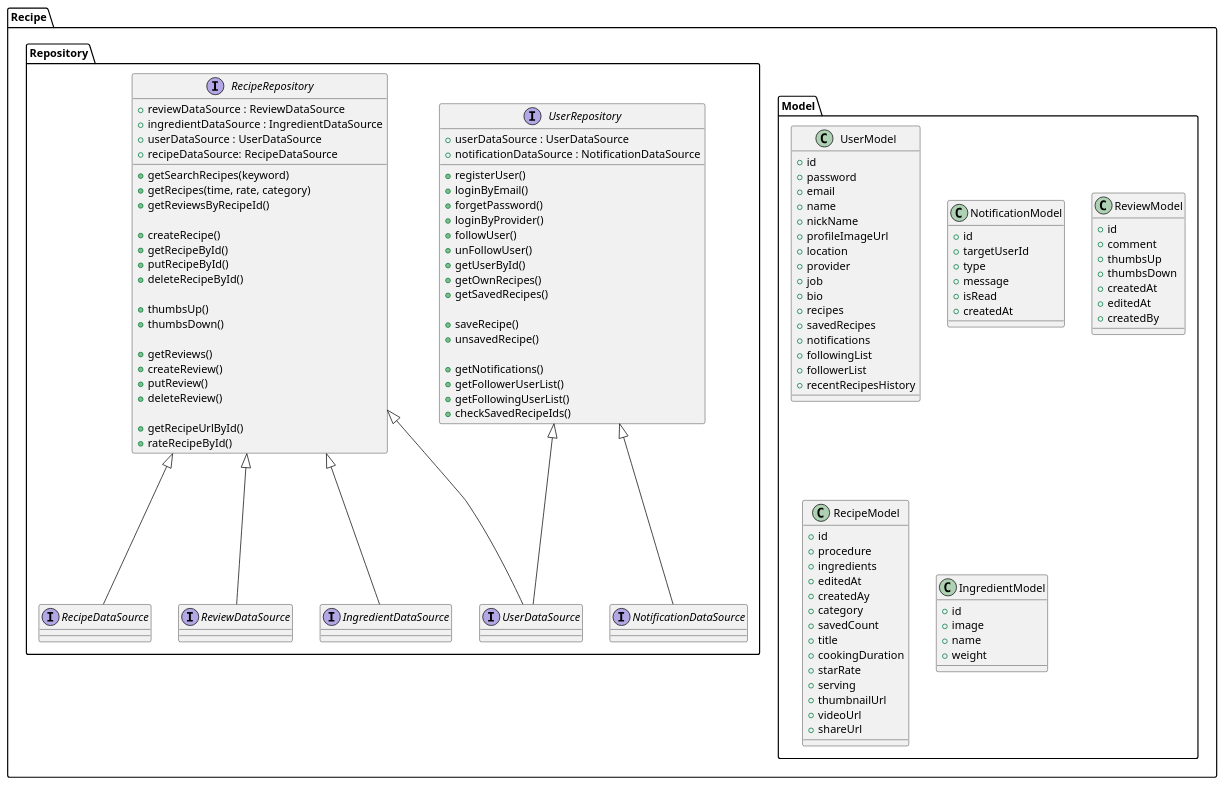
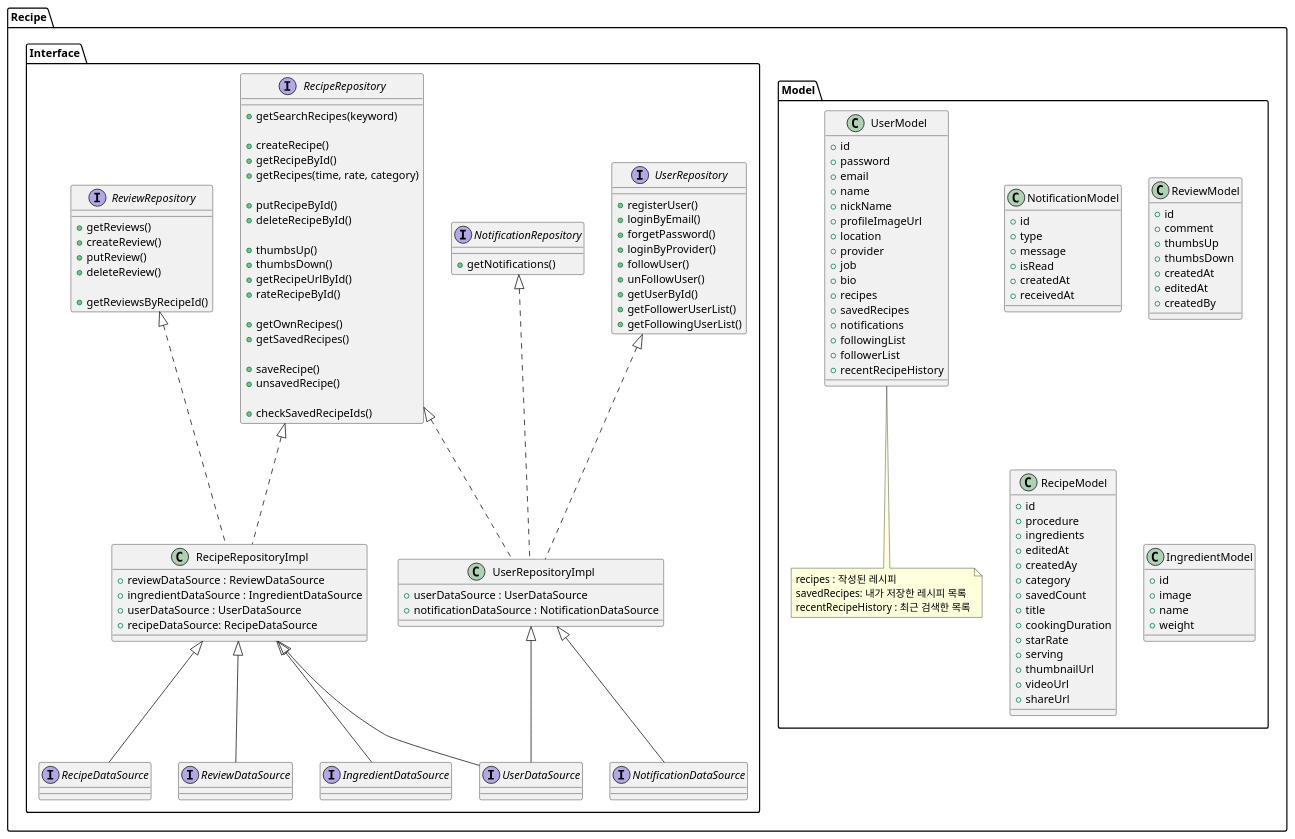
Before and after one commit to SurvivalCodingCampus/winter_kotlin_lecture: the diagram in src/main/kotlin/day19/recipe.puml, drawn with PlantUML.

Commit message:
fix : split repository and class

```diff
--- a/src/main/kotlin/day19/recipe.puml
+++ b/src/main/kotlin/day19/recipe.puml
@@ -1,148 +1,173 @@
 @startuml
 
 package "Recipe"{
 top to bottom direction
     package "Model" {
         class UserModel {
             +id
             +password
             +email
             +name
             +nickName
             +profileImageUrl
             +location
             +provider
             +job
             +bio
             +recipes
             +savedRecipes
             +notifications
             +followingList
             +followerList
-            +recentRecipesHistory
+            +recentRecipeHistory
         }
+            note bottom of UserModel
+            recipes : 작성된 레시피
+            savedRecipes: 내가 저장한 레시피 목록
+            recentRecipeHistory : 최근 검색한 목록
+            end note
 
         class NotificationModel {
             +id
-            +targetUserId
             +type
             +message
             +isRead
             +createdAt
+            +receivedAt
         }
         class ReviewModel {
             +id
             +comment
             +thumbsUp
             +thumbsDown
             +createdAt
             +editedAt
             +createdBy
         }
 
         class RecipeModel {
             +id
             +procedure
             +ingredients
             +editedAt
             +createdAy
             +category
             +savedCount
             +title
             +cookingDuration
             +starRate
             +serving
             +thumbnailUrl
             +videoUrl
             +shareUrl
         }
 
         class IngredientModel {
             +id
             +image
             +name
             +weight
         }
     }
 
 
-    package "Repository"{
+
+
+    package "Interface"{
+        class UserRepositoryImpl implements UserRepository, NotificationRepository, RecipeRepository {
+            +userDataSource : UserDataSource
+            +notificationDataSource : NotificationDataSource
+        }
+
 
         interface UserRepository {
-            +userDataSource : UserDataSource
-            +notificationDataSource : NotificationDataSource
             +registerUser()
             +loginByEmail()
             +forgetPassword()
             +loginByProvider()
             +followUser()
             +unFollowUser()
             +getUserById()
-            +getOwnRecipes()
-            +getSavedRecipes()
-
-            +saveRecipe()
-            +unsavedRecipe()
-
-            +getNotifications()
             +getFollowerUserList()
             +getFollowingUserList()
-            +checkSavedRecipeIds()
+        }
+
+        interface NotificationRepository {
+            +getNotifications()
+        }
+
+
+        interface ReviewRepository {
+            +getReviews()
+            +createReview()
+            +putReview()
+            +deleteReview()
+
+            +getReviewsByRecipeId()
+
+        }
+
+
+
+        class RecipeRepositoryImpl implements RecipeRepository, ReviewRepository {
+            +reviewDataSource : ReviewDataSource
+            +ingredientDataSource : IngredientDataSource
+            +userDataSource : UserDataSource
+            +recipeDataSource: RecipeDataSource
         }
 
 
 
 
 
 
 
 
-
         interface RecipeRepository {
-            +reviewDataSource : ReviewDataSource
-            +ingredientDataSource : IngredientDataSource
-            +userDataSource : UserDataSource
-            +recipeDataSource: RecipeDataSource
 
             +getSearchRecipes(keyword)
-            +getRecipes(time, rate, category)
-            +getReviewsByRecipeId()
 
             +createRecipe()
             +getRecipeById()
+            +getRecipes(time, rate, category)
+
             +putRecipeById()
             +deleteRecipeById()
 
             +thumbsUp()
             +thumbsDown()
 
-            +getReviews()
-            +createReview()
-            +putReview()
-            +deleteReview()
 
             +getRecipeUrlById()
             +rateRecipeById()
+
+            +getOwnRecipes()
+            +getSavedRecipes()
+
+            +saveRecipe()
+            +unsavedRecipe()
+
+            +checkSavedRecipeIds()
         }
 
-        interface RecipeDataSource implements RecipeRepository {
+        interface RecipeDataSource implements RecipeRepositoryImpl {
         }
 
-        interface ReviewDataSource implements RecipeRepository {
+        interface ReviewDataSource implements RecipeRepositoryImpl {
         }
 
-        interface IngredientDataSource implements RecipeRepository {
+        interface IngredientDataSource implements RecipeRepositoryImpl {
         }
 
-        interface NotificationDataSource implements UserRepository{
+        interface NotificationDataSource implements UserRepositoryImpl {
         }
 
-        interface UserDataSource implements UserRepository {
+        interface UserDataSource implements UserRepositoryImpl {
         }
 
-        interface UserDataSource implements RecipeRepository {
+        interface UserDataSource implements RecipeRepositoryImpl {
         }
     }
 }
 
 @enduml
```
